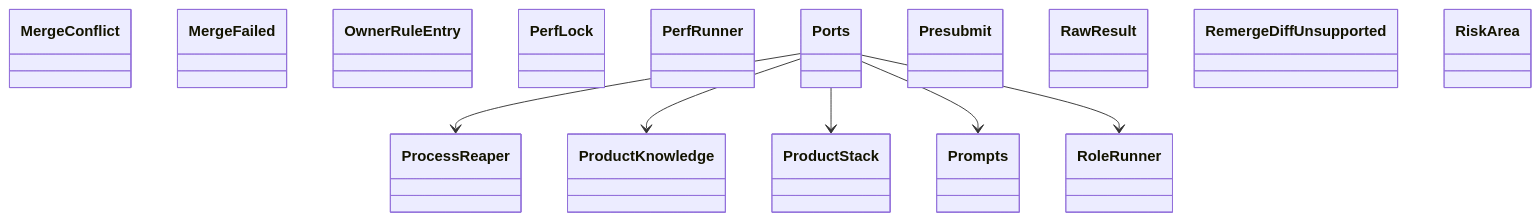
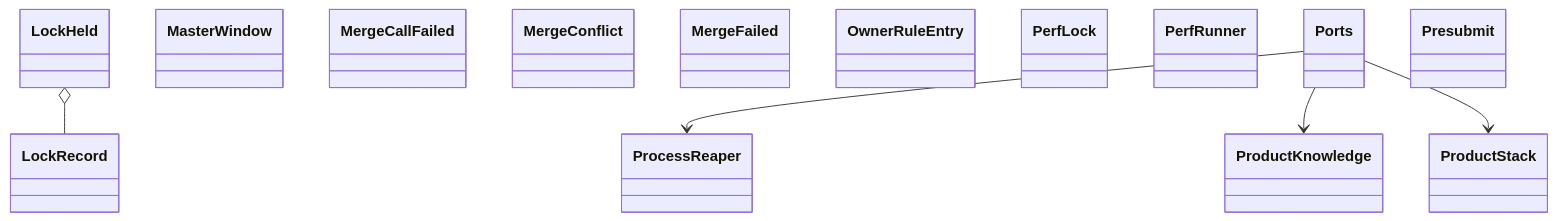
The diagram in docs/architecture/generated/classes-process-application-support-4.md (GonzaloZevallos/agentic-system), drawn with Mermaid before and after one commit. The commit also changed other lines of this file and 28 other files, not shown here.

````diff
--- a/docs/architecture/generated/classes-process-application-support-4.md
+++ b/docs/architecture/generated/classes-process-application-support-4.md
@@ -19,23 +20,21 @@
 ```mermaid
 classDiagram
+    class ports__LockHeld["LockHeld"]
+    class ports__LockRecord["LockRecord"]
+    class ports__MasterWindow["MasterWindow"]
+    class ports__MergeCallFailed["MergeCallFailed"]
     class ports__MergeConflict["MergeConflict"]
     class ports__MergeFailed["MergeFailed"]
     class ports__OwnerRuleEntry["OwnerRuleEntry"]
     class ports__PerfLock["PerfLock"]
     class ports__PerfRunner["PerfRunner"]
     class ports__Ports["Ports"]
     class ports__Presubmit["Presubmit"]
     class ports__ProcessReaper["ProcessReaper"]
     class ports__ProductKnowledge["ProductKnowledge"]
     class ports__ProductStack["ProductStack"]
-    class ports__Prompts["Prompts"]
-    class ports__RawResult["RawResult"]
-    class ports__RemergeDiffUnsupported["RemergeDiffUnsupported"]
-    class ports__RiskArea["RiskArea"]
-    class ports__RoleRunner["RoleRunner"]
+    ports__LockHeld o-- ports__LockRecord
     ports__Ports --> ports__ProcessReaper
     ports__Ports --> ports__ProductKnowledge
     ports__Ports --> ports__ProductStack
-    ports__Ports --> ports__Prompts
-    ports__Ports --> ports__RoleRunner
 ```
````
